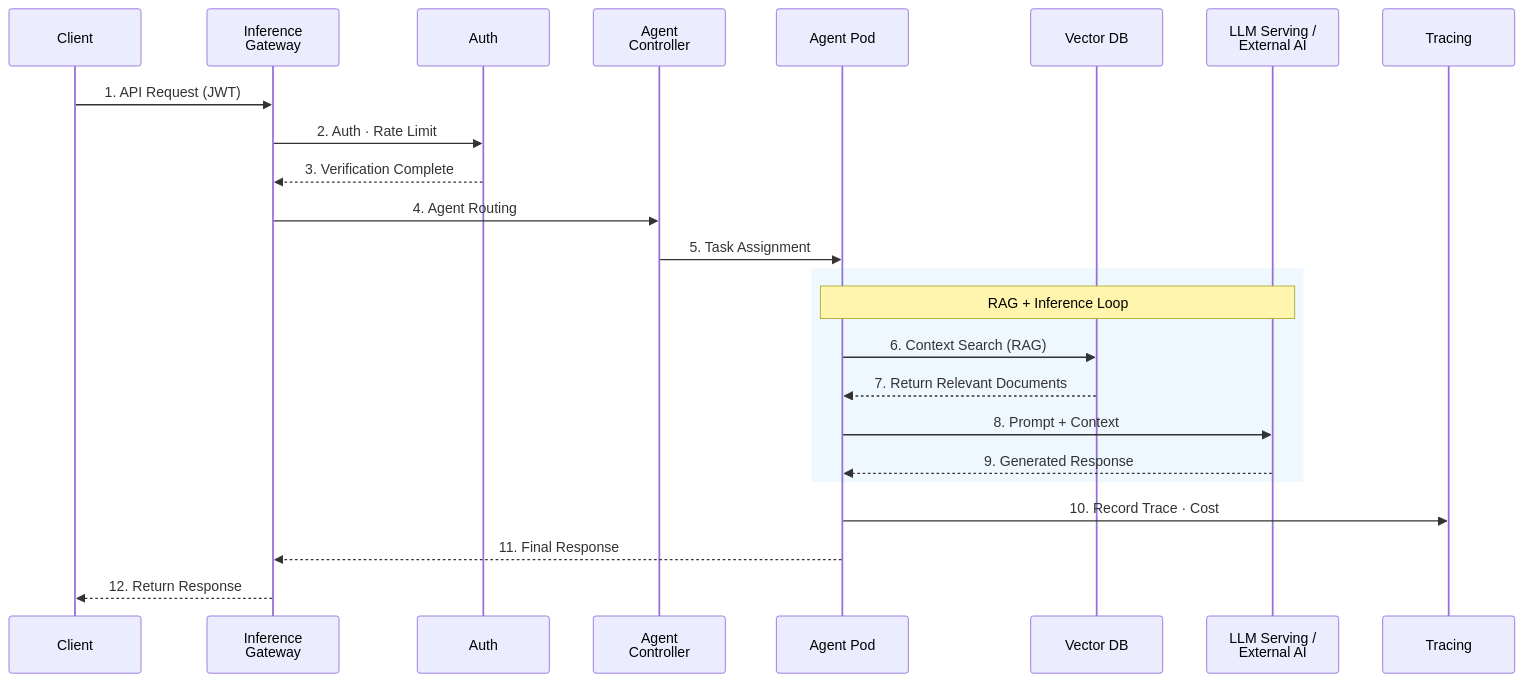
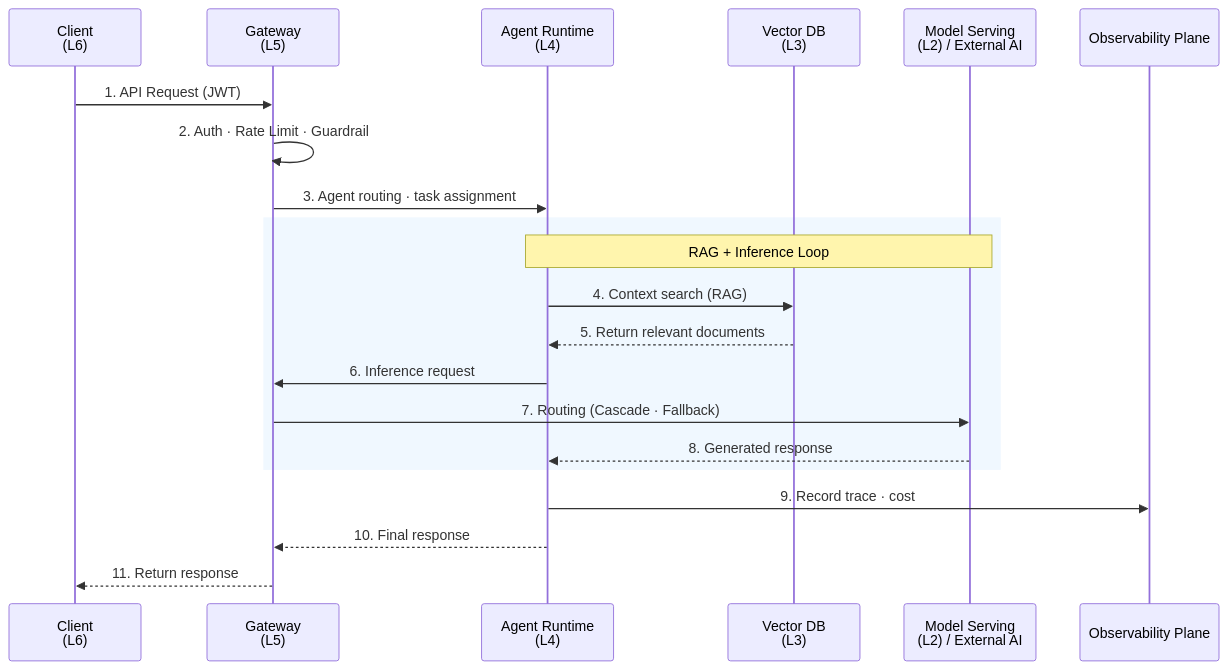
Before and after one commit to devfloor9/engineering-playbook: the tenth of 10 diagrams in i18n/en/docusaurus-plugin-content-docs/current/agentic-ai-platform/design-architecture/foundations/agentic-platform-architecture.md, drawn with Mermaid. The commit also changed other lines of this file and 24 other files, not shown here.

````diff
--- a/i18n/en/docusaurus-plugin-content-docs/current/agentic-ai-platform/design-architecture/foundations/agentic-platform-architecture.md
+++ b/i18n/en/docusaurus-plugin-content-docs/current/agentic-ai-platform/design-architecture/foundations/agentic-platform-architecture.md
@@ -303,29 +702,26 @@
 ```mermaid
 sequenceDiagram
-    participant Client as Client
-    participant Gateway as Inference<br/>Gateway
-    participant Auth as Auth
-    participant Controller as Agent<br/>Controller
-    participant Agent as Agent Pod
-    participant VectorDB as Vector DB
-    participant LLM as LLM Serving /<br/>External AI
-    participant Trace as Tracing
+    participant Client as Client<br/>(L6)
+    participant Gateway as Gateway<br/>(L5)
+    participant Agent as Agent Runtime<br/>(L4)
+    participant VectorDB as Vector DB<br/>(L3)
+    participant LLM as Model Serving<br/>(L2) / External AI
+    participant Trace as Observability Plane
 
     Client->>Gateway: 1. API Request (JWT)
-    Gateway->>Auth: 2. Auth · Rate Limit
-    Auth-->>Gateway: 3. Verification Complete
-    Gateway->>Controller: 4. Agent Routing
-    Controller->>Agent: 5. Task Assignment
+    Gateway->>Gateway: 2. Auth · Rate Limit · Guardrail
+    Gateway->>Agent: 3. Agent routing · task assignment
 
     rect rgb(240, 248, 255)
     Note over Agent,LLM: RAG + Inference Loop
-    Agent->>VectorDB: 6. Context Search (RAG)
-    VectorDB-->>Agent: 7. Return Relevant Documents
-    Agent->>LLM: 8. Prompt + Context
-    LLM-->>Agent: 9. Generated Response
+    Agent->>VectorDB: 4. Context search (RAG)
+    VectorDB-->>Agent: 5. Return relevant documents
+    Agent->>Gateway: 6. Inference request
+    Gateway->>LLM: 7. Routing (Cascade · Fallback)
+    LLM-->>Agent: 8. Generated response
     end
 
-    Agent->>Trace: 10. Record Trace · Cost
-    Agent-->>Gateway: 11. Final Response
-    Gateway-->>Client: 12. Return Response
+    Agent->>Trace: 9. Record trace · cost
+    Agent-->>Gateway: 10. Final response
+    Gateway-->>Client: 11. Return response
 ```
````
